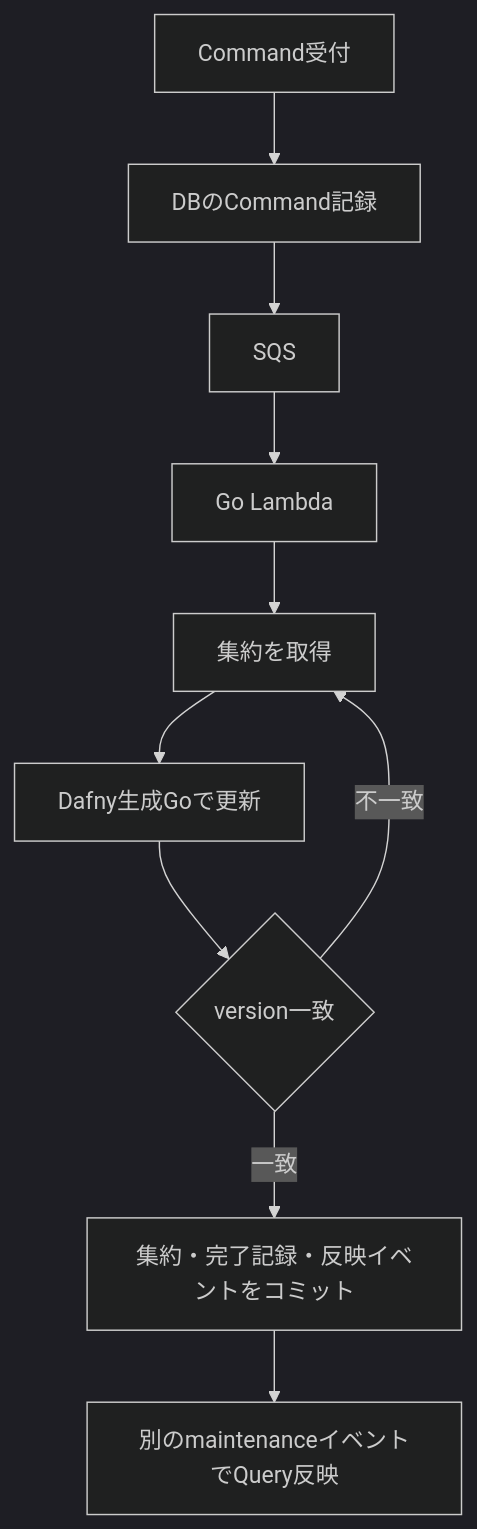
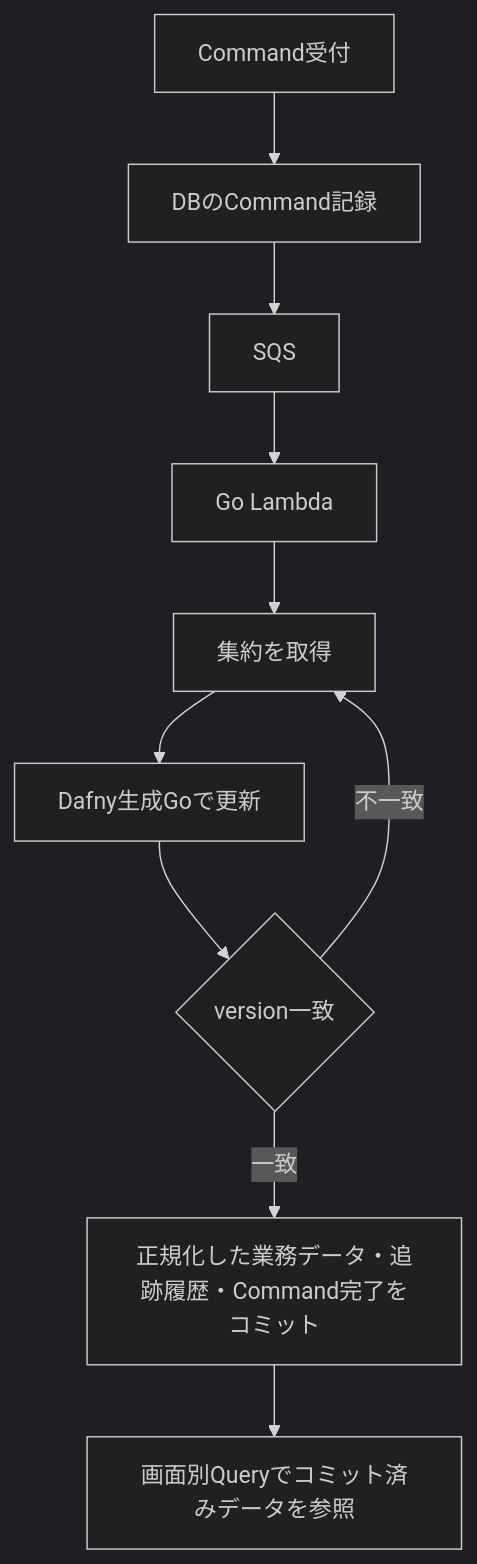
One commit to t-kuni/ddd-formal-example changed the second of 2 diagrams in docs/workflow.md. Above: the diagram before and after it, drawn with Mermaid (dark theme). The commit also changed other lines of this file and 25 other files, not shown here.

````diff
--- a/docs/workflow.md
+++ b/docs/workflow.md
@@ -88,12 +88,12 @@
 ```mermaid
 flowchart TB
  C["Command受付"] --> Q["DBのCommand記録"]
  Q --> S["SQS"]
  S --> L["Go Lambda"]
  L --> D["集約を取得"]
  D --> F["Dafny生成Goで更新"]
  F --> V{"version一致"}
- V -->|一致| T["集約・完了記録・反映イベントをコミット"]
+ V -->|一致| T["正規化した業務データ・追跡履歴・Command完了をコミット"]
  V -->|不一致| D
- T --> P["別のmaintenanceイベントでQuery反映"]
+ T --> P["画面別Queryでコミット済みデータを参照"]
 ```
````
